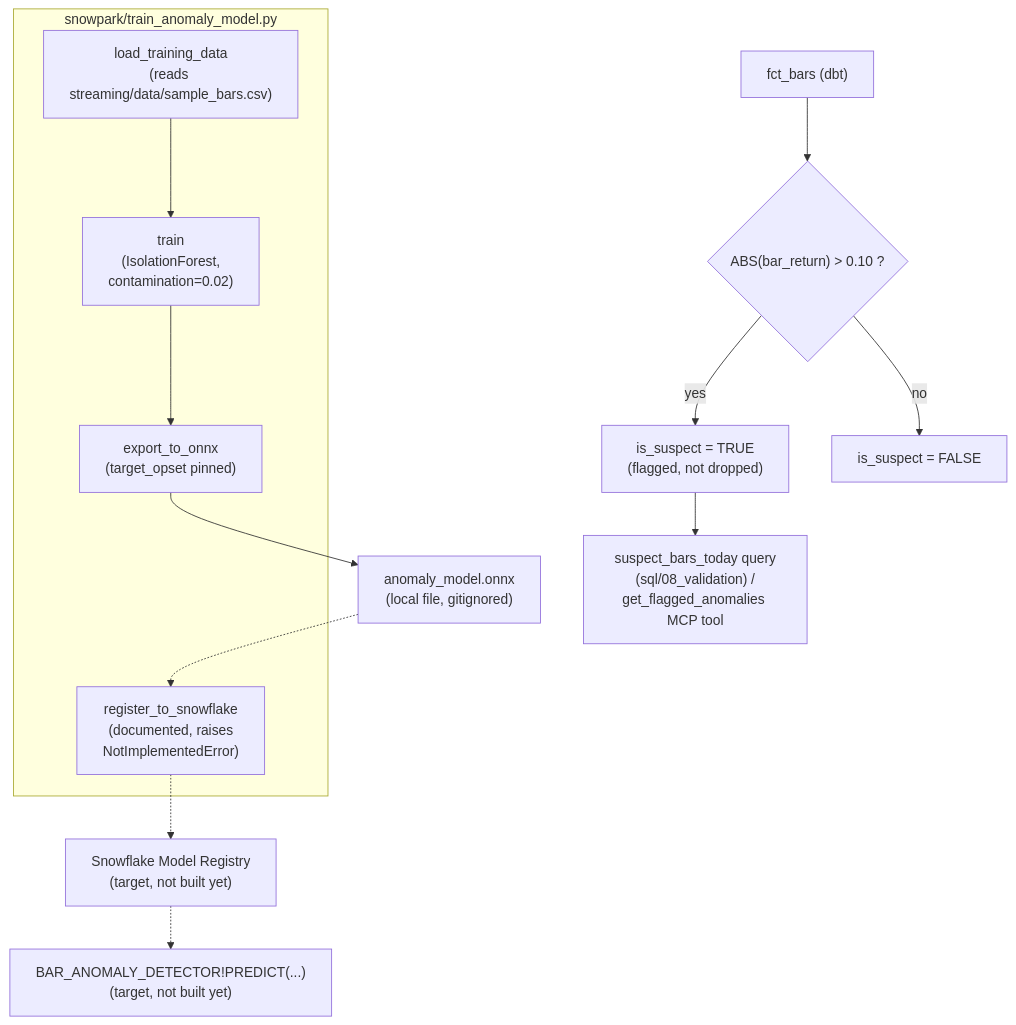
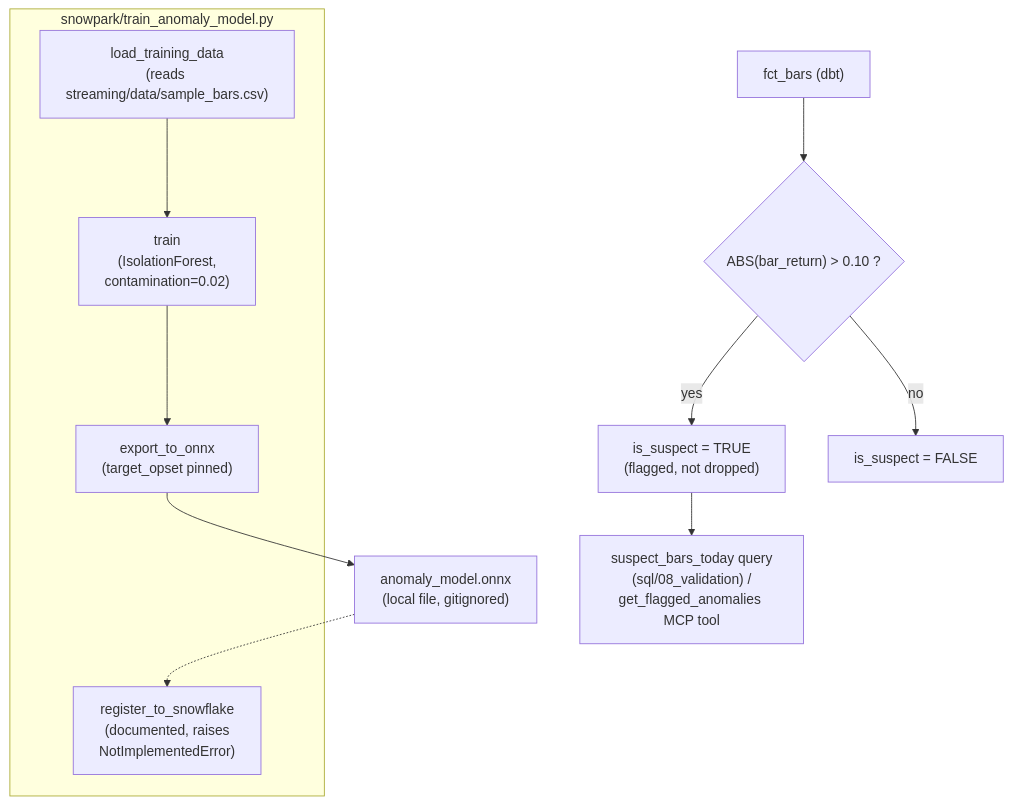
The sixth of 7 diagrams in README.md (sumanthreddy369/snowflake-ai-data-agent), drawn with Mermaid before and after one commit. The commit also changed other lines of this file and 19 other files, not shown here.

````diff
--- a/README.md
+++ b/README.md
@@ -323,24 +333,22 @@
 ```mermaid
 flowchart TD
     Bars["fct_bars (dbt)"]
     Fixed{"ABS(bar_return) > 0.10 ?"}
     Flagged["is_suspect = TRUE<br/>(flagged, not dropped)"]
     Monitor["suspect_bars_today query<br/>(sql/08_validation) /<br/>get_flagged_anomalies MCP tool"]
 
     Bars --> Fixed
     Fixed --> |yes| Flagged --> Monitor
     Fixed --> |no| Pass["is_suspect = FALSE"]
 
     subgraph snowpark/train_anomaly_model.py
         Load["load_training_data<br/>(reads streaming/data/sample_bars.csv)"]
         Train["train<br/>(IsolationForest,<br/>contamination=0.02)"]
         Export["export_to_onnx<br/>(target_opset pinned)"]
         Register["register_to_snowflake<br/>(documented, raises<br/>NotImplementedError)"]
     end
     Onnx["anomaly_model.onnx<br/>(local file, gitignored)"]
-    Registry["Snowflake Model Registry<br/>(target, not built yet)"]
-    SQLCall["BAR_ANOMALY_DETECTOR!PREDICT(...)<br/>(target, not built yet)"]
 
     Load --> Train --> Export --> Onnx
-    Onnx -.-> Register -.-> Registry -.-> SQLCall
+    Onnx -.-> Register
 ```
````
